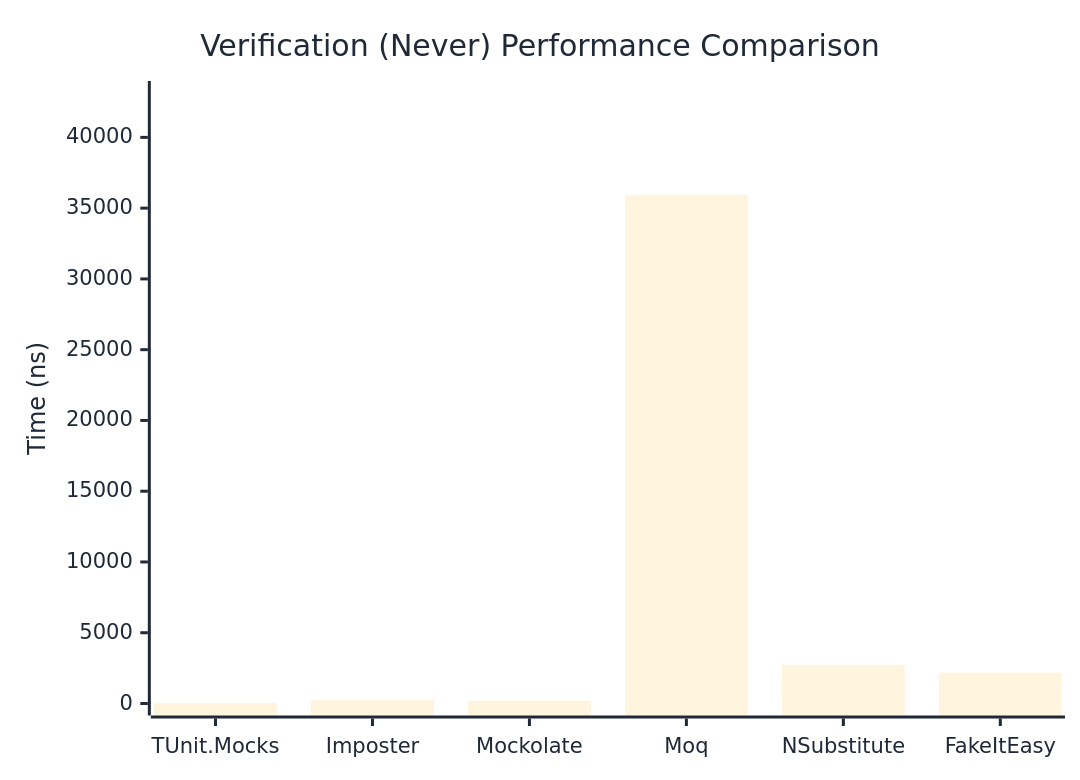
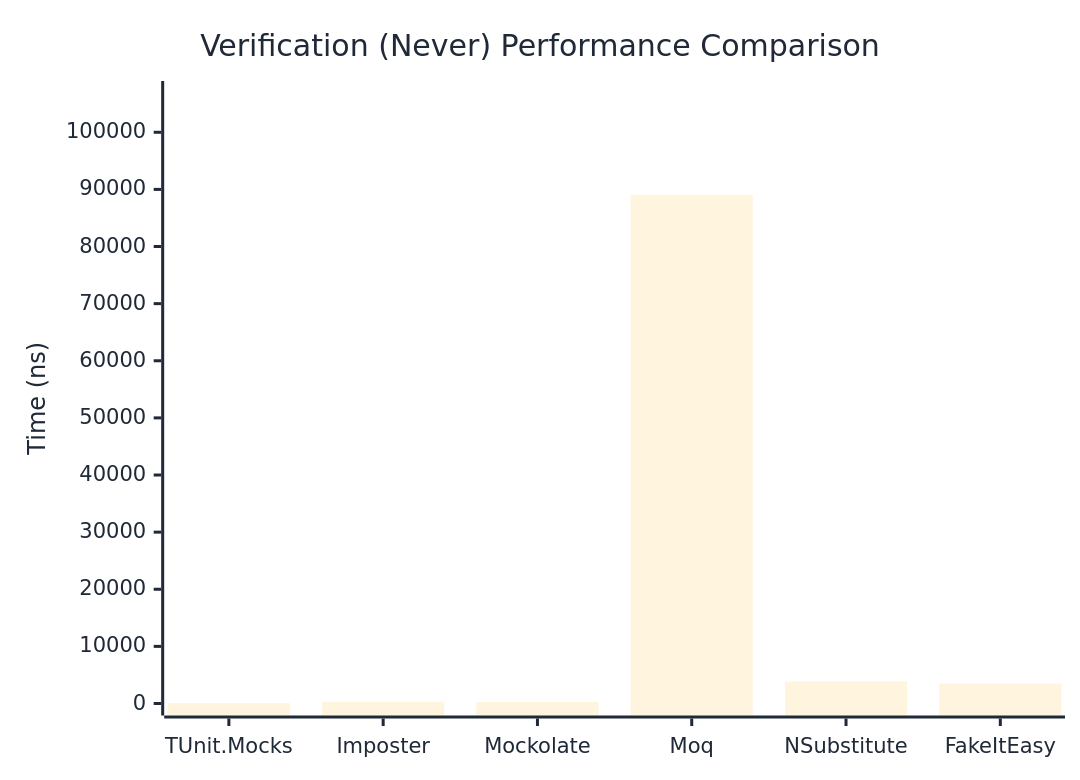
Before and after one commit to zion-sati/TUnit-NetWasm: the second of 3 diagrams in docs/docs/benchmarks/mocks/Verification.md, drawn with Mermaid. The commit also changed other lines of this file and 294 other files, not shown here.

````diff
--- a/docs/docs/benchmarks/mocks/Verification.md
+++ b/docs/docs/benchmarks/mocks/Verification.md
@@ -71,27 +71,27 @@
 ```mermaid
 %%{init: {
   'theme':'base',
   'themeVariables': {
     'primaryColor': '#2563eb',
     'primaryTextColor': '#1f2937',
     'primaryBorderColor': '#1e40af',
     'lineColor': '#6b7280',
     'secondaryColor': '#7c3aed',
     'tertiaryColor': '#dc2626',
     'background': '#ffffff',
     'pie1': '#2563eb',
     'pie2': '#7c3aed',
     'pie3': '#dc2626',
     'pie4': '#f59e0b',
     'pie5': '#10b981',
     'pie6': '#06b6d4',
     'pie7': '#ec4899',
     'pie8': '#6366f1'
   }
 }}%%
 xychart-beta
   title "Verification (Never) Performance Comparison"
   x-axis ["TUnit.Mocks", "Imposter", "Mockolate", "Moq", "NSubstitute", "FakeItEasy"]
-  y-axis "Time (ns)" 0 --> 43136
-  bar [43.61, 260.35, 197.09, 35946.07, 2735.18, 2179.94]
+  y-axis "Time (ns)" 0 --> 106876
+  bar [50.15, 311.65, 252.82, 89062.89, 3825.68, 3473.18]
 ```
````
